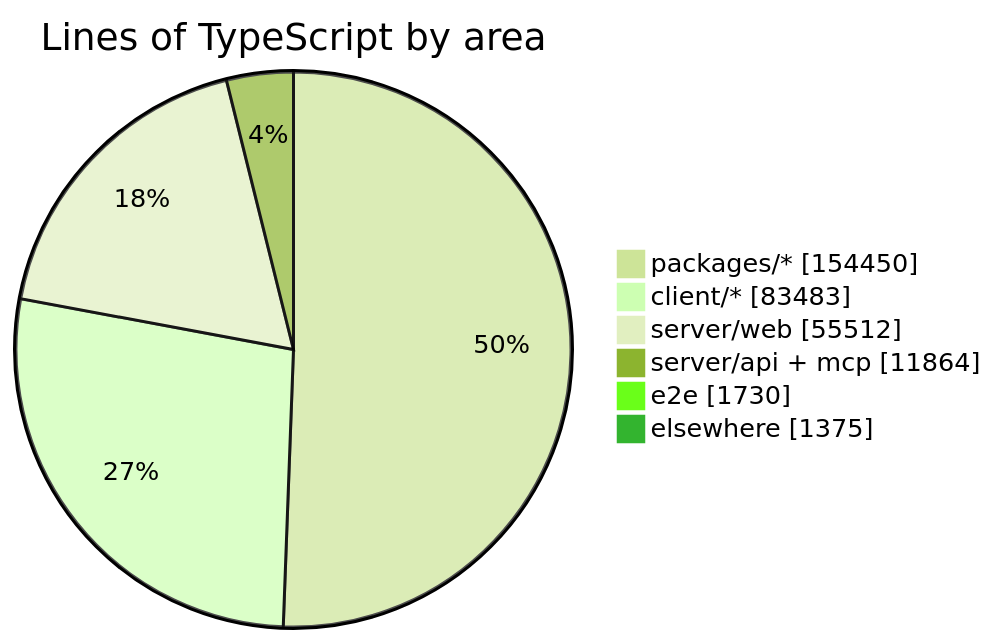
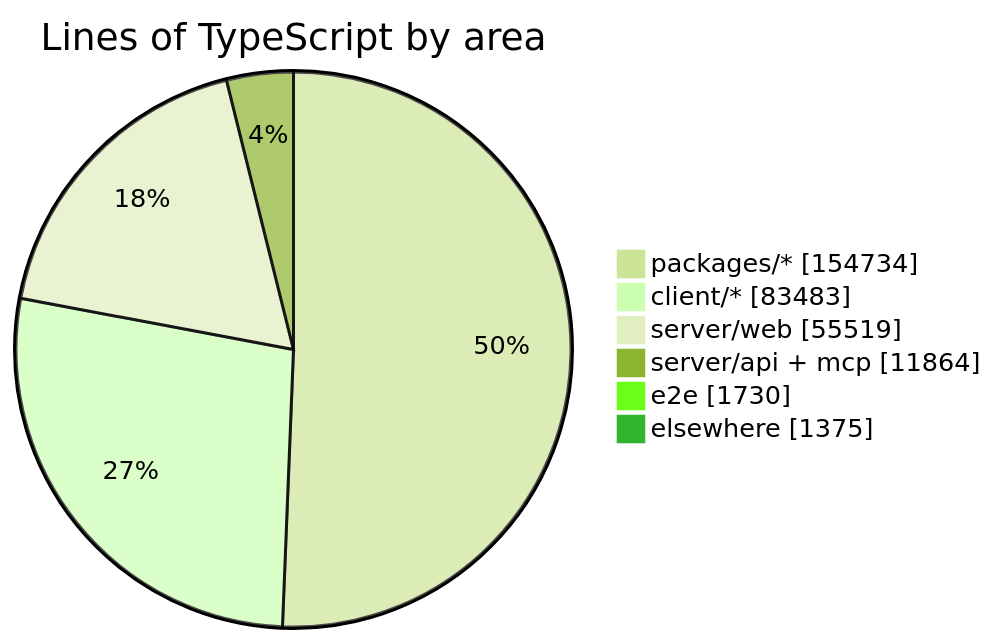
One commit to crossworks-engineering/mantle changed the diagram in README.md. Above: the diagram before and after it, drawn with Mermaid (forest theme). The commit also changed other lines of this file and 4 other files, not shown here.

````diff
--- a/README.md
+++ b/README.md
@@ -279,9 +279,9 @@
 ```mermaid
 pie showData title Lines of TypeScript by area
-    "packages/*" : 154450
+    "packages/*" : 154734
     "client/*" : 83483
-    "server/web" : 55512
+    "server/web" : 55519
     "server/api + mcp" : 11864
     "e2e" : 1730
     "elsewhere" : 1375
 ```
````
